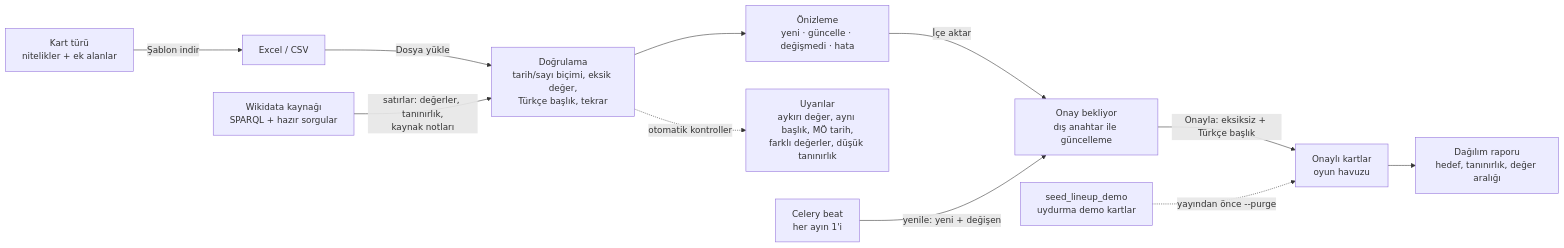
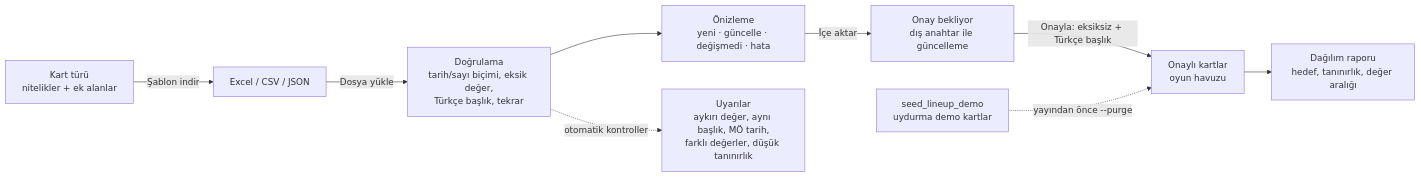
Before and after one commit to anilcelik0/saving: the fourth of 9 diagrams in docs/FLOW_lineup.md, drawn with Mermaid. The commit also changed other lines of this file and 14 other files, not shown here.

Commit message:
[lineup] Drop the live Wikidata source (by request): card data comes as JSON files; JSON upload + JSON template in the import pipeline, checks and distribution report kept

````diff
--- a/docs/FLOW_lineup.md
+++ b/docs/FLOW_lineup.md
@@ -119,13 +119,11 @@
 ```mermaid
 flowchart LR
-    T[Kart türü<br/>nitelikler + ek alanlar] -->|Şablon indir| X[Excel / CSV]
+    T[Kart türü<br/>nitelikler + ek alanlar] -->|Şablon indir| X[Excel / CSV / JSON]
     X -->|Dosya yükle| V[Doğrulama<br/>tarih/sayı biçimi, eksik değer,<br/>Türkçe başlık, tekrar]
     V --> P[Önizleme<br/>yeni · güncelle · değişmedi · hata]
     P -->|İçe aktar| S[Onay bekliyor<br/>dış anahtar ile güncelleme]
     S -->|Onayla: eksiksiz + Türkçe başlık| A[Onaylı kartlar<br/>oyun havuzu]
-    W[Wikidata kaynağı<br/>SPARQL + hazır sorgular] -->|satırlar: değerler, tanınırlık,<br/>kaynak notları| V
     V -.->|otomatik kontroller| K[Uyarılar<br/>aykırı değer, aynı başlık, MÖ tarih,<br/>farklı değerler, düşük tanınırlık]
-    B[Celery beat<br/>her ayın 1'i] -->|yenile: yeni + değişen| S
     D[seed_lineup_demo<br/>uydurma demo kartlar] -.->|yayından önce --purge| A
     A --> R[Dağılım raporu<br/>hedef, tanınırlık, değer aralığı]
 ```
````
